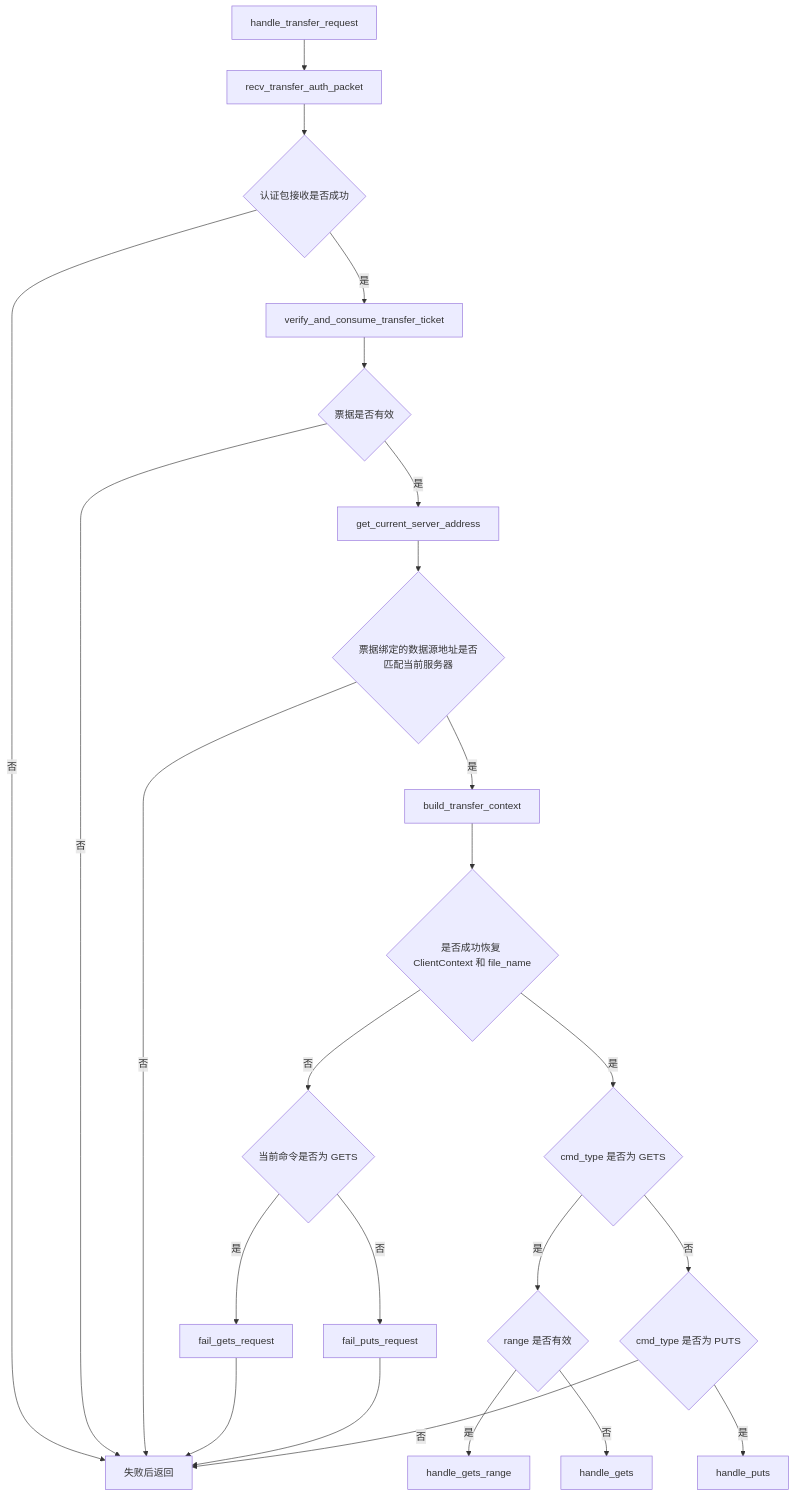
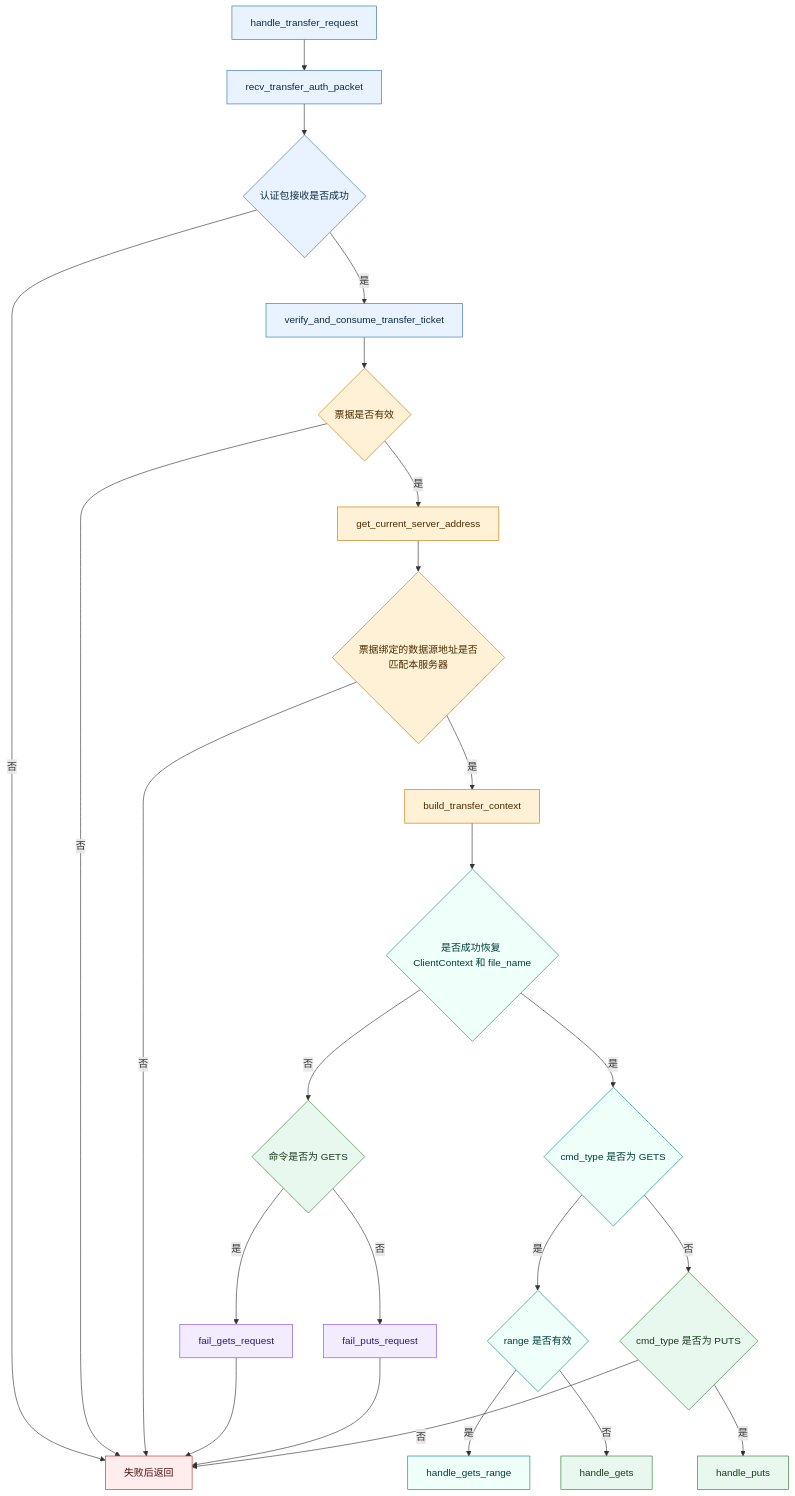
Before and after one commit to panlong-studio/WindCloud_V4: the tenth of 20 diagrams in docs/V5全流程活动图详解.md, drawn with Mermaid. The commit also changed other lines of this file and 5 other files, not shown here.

````diff
--- a/docs/V5全流程活动图详解.md
+++ b/docs/V5全流程活动图详解.md
@@ -555,40 +672,53 @@
 ```mermaid
 flowchart TD
     T0[handle_transfer_request]
     T1[recv_transfer_auth_packet]
     T2{认证包接收是否成功}
     T3[verify_and_consume_transfer_ticket]
     T4{票据是否有效}
     T5[get_current_server_address]
-    T6{票据绑定的数据源地址是否匹配当前服务器}
+    T6{票据绑定的数据源地址是否匹配本服务器}
     T7[build_transfer_context]
     T8{是否成功恢复 ClientContext 和 file_name}
     T9{cmd_type 是否为 GETS}
     T10{range 是否有效}
     T11[handle_gets_range]
     T12[handle_gets]
     T13{cmd_type 是否为 PUTS}
     T14[handle_puts]
-    T15{当前命令是否为 GETS}
+    T15{命令是否为 GETS}
     T16[fail_gets_request]
     T17[fail_puts_request]
     T18[失败后返回]
 
     T0 --> T1 --> T2
     T2 -- 否 --> T18
     T2 -- 是 --> T3 --> T4
     T4 -- 否 --> T18
     T4 -- 是 --> T5 --> T6
     T6 -- 否 --> T18
     T6 -- 是 --> T7 --> T8
     T8 -- 否 --> T15
     T15 -- 是 --> T16 --> T18
     T15 -- 否 --> T17 --> T18
     T8 -- 是 --> T9
     T9 -- 是 --> T10
     T10 -- 是 --> T11
     T10 -- 否 --> T12
     T9 -- 否 --> T13
     T13 -- 是 --> T14
     T13 -- 否 --> T18
+    classDef phase1 fill:#E8F3FF,stroke:#2F6FB6,color:#102A43
+    classDef phase2 fill:#FFF1D6,stroke:#C77700,color:#4A2B00
+    classDef phase3 fill:#EFFFFA,stroke:#00897B,color:#003D35
+    classDef phase4 fill:#E9F8EF,stroke:#2E7D32,color:#173B1A
+    classDef phase5 fill:#F3ECFF,stroke:#7C4DFF,color:#2D1B69
+    classDef fail fill:#FFECEC,stroke:#C62828,color:#4A0D0D
+
+    class T0,T1,T2,T3 phase1
+    class T4,T5,T6,T7 phase2
+    class T8,T9,T10,T11 phase3
+    class T12,T13,T14,T15 phase4
+    class T16,T17 phase5
+    class T18 fail
 ```
````
